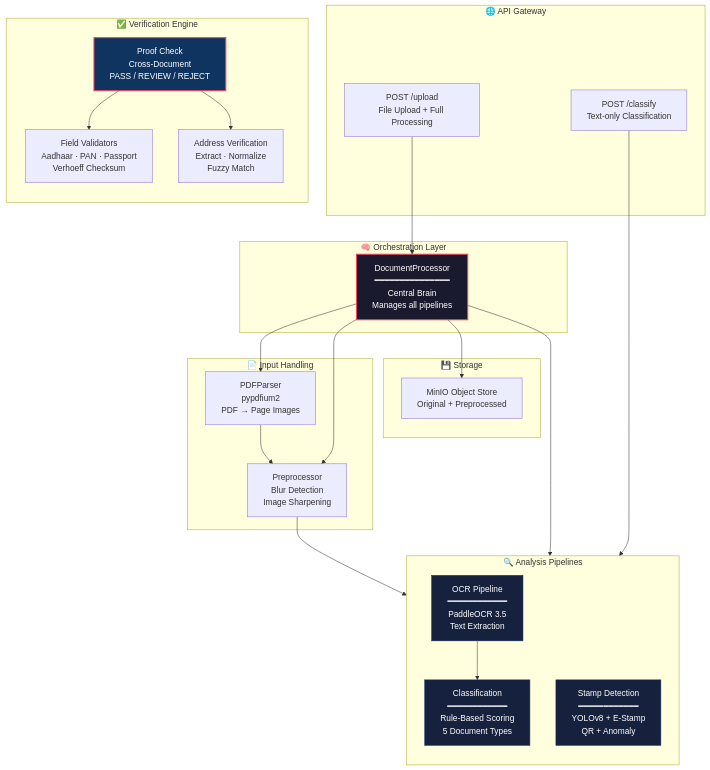
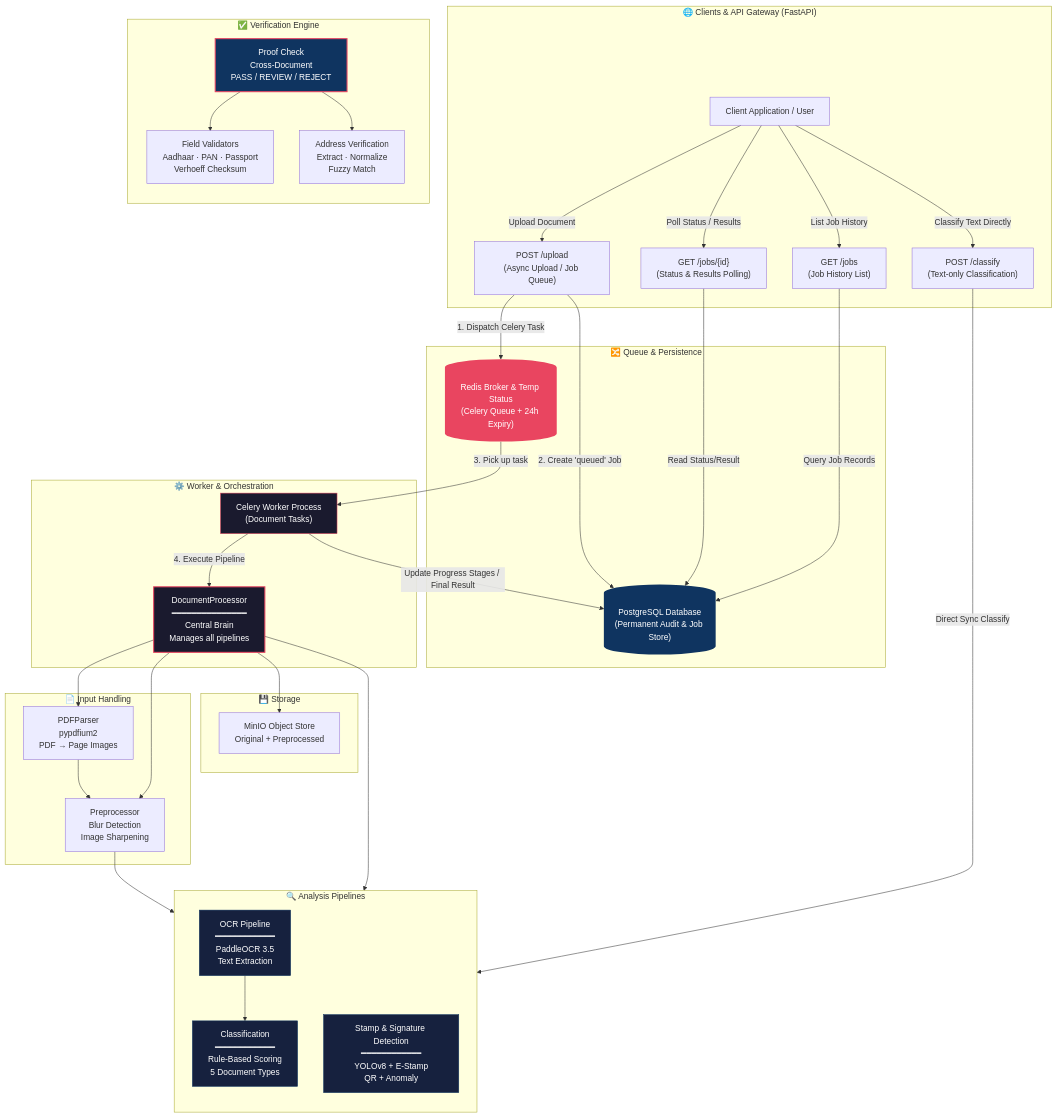
Before and after one commit to Sakshisingh-BV/Intellicheck-Docs: the first of 11 diagrams in ARCHITECTURE.md, drawn with Mermaid. The commit also changed other lines of this file, not shown here.

````diff
--- a/ARCHITECTURE.md
+++ b/ARCHITECTURE.md
@@ -10,50 +10,81 @@
 ```mermaid
 graph TB
-    subgraph "🌐 API Gateway"
-        A1["POST /upload<br/>File Upload + Full Processing"]
-        A2["POST /classify<br/>Text-only Classification"]
+    subgraph "🌐 Clients & API Gateway (FastAPI)"
+        C["Client Application / User"]
+        A1["POST /upload<br/>(Async Upload / Job Queue)"]
+        A2["GET /jobs/{id}<br/>(Status & Results Polling)"]
+        A3["GET /jobs<br/>(Job History List)"]
+        A4["POST /classify<br/>(Text-only Classification)"]
     end
 
-    subgraph "🧠 Orchestration Layer"
+    subgraph "🔀 Queue & Persistence"
+        RD[("Redis Broker & Temp Status<br/>(Celery Queue + 24h Expiry)")]
+        PG[("PostgreSQL Database<br/>(Permanent Audit & Job Store)")]
+    end
+
+    subgraph "⚙️ Worker & Orchestration"
+        W["Celery Worker Process<br/>(Document Tasks)"]
         DP["DocumentProcessor<br/>━━━━━━━━━━━━━━━<br/>Central Brain<br/>Manages all pipelines"]
     end
 
     subgraph "📄 Input Handling"
         PDF["PDFParser<br/>pypdfium2<br/>PDF → Page Images"]
         PRE["Preprocessor<br/>Blur Detection<br/>Image Sharpening"]
     end
 
     subgraph "🔍 Analysis Pipelines"
         direction TB
         OCR["OCR Pipeline<br/>━━━━━━━━━━━━<br/>PaddleOCR 3.5<br/>Text Extraction"]
         CLS["Classification<br/>━━━━━━━━━━━━<br/>Rule-Based Scoring<br/>5 Document Types"]
-        STM["Stamp Detection<br/>━━━━━━━━━━━━<br/>YOLOv8 + E-Stamp<br/>QR + Anomaly"]
+        STM["Stamp & Signature Detection<br/>━━━━━━━━━━━━<br/>YOLOv8 + E-Stamp<br/>QR + Anomaly"]
     end
 
     subgraph "✅ Verification Engine"
         direction TB
         FV["Field Validators<br/>Aadhaar · PAN · Passport<br/>Verhoeff Checksum"]
         AV["Address Verification<br/>Extract · Normalize<br/>Fuzzy Match"]
         PC["Proof Check<br/>Cross-Document<br/>PASS / REVIEW / REJECT"]
     end
 
     subgraph "💾 Storage"
         MIO["MinIO Object Store<br/>Original + Preprocessed"]
     end
 
-    A1 --> DP
-    A2 --> CLS
+    %% Client Interactions
+    C -->|Upload Document| A1
+    C -->|Poll Status / Results| A2
+    C -->|List Job History| A3
+    C -->|Classify Text Directly| A4
+
+    %% API Gateway to Queue & Persistence
+    A1 -->|1. Dispatch Celery Task| RD
+    A1 -->|2. Create 'queued' Job| PG
+    A2 -->|Read Status/Result| PG
+    A3 -->|Query Job Records| PG
+    A4 -->|Direct Sync Classify| CLS
+
+    %% Redis Queue to Celery Worker
+    RD -->|3. Pick up task| W
+    W -->|4. Execute Pipeline| DP
+    
+    %% Celery Worker to PostgreSQL Progress updates
+    W -->|Update Progress Stages / Final Result| PG
+
+    %% Core Document Processor Flow
     DP --> PDF --> PRE
     DP --> PRE
     PRE --> OCR --> CLS
     DP --> STM
     DP --> MIO
     PC --> FV
     PC --> AV
 
     style DP fill:#1a1a2e,stroke:#e94560,color:#fff,stroke-width:2px
     style OCR fill:#16213e,stroke:#0f3460,color:#fff
     style CLS fill:#16213e,stroke:#0f3460,color:#fff
     style STM fill:#16213e,stroke:#0f3460,color:#fff
     style PC fill:#0f3460,stroke:#e94560,color:#fff,stroke-width:2px
+    style RD fill:#e94560,color:#fff,stroke:none
+    style PG fill:#0f3460,color:#fff,stroke:none
+    style W fill:#1a1a2e,stroke:#e94560,color:#fff
 ```
````
